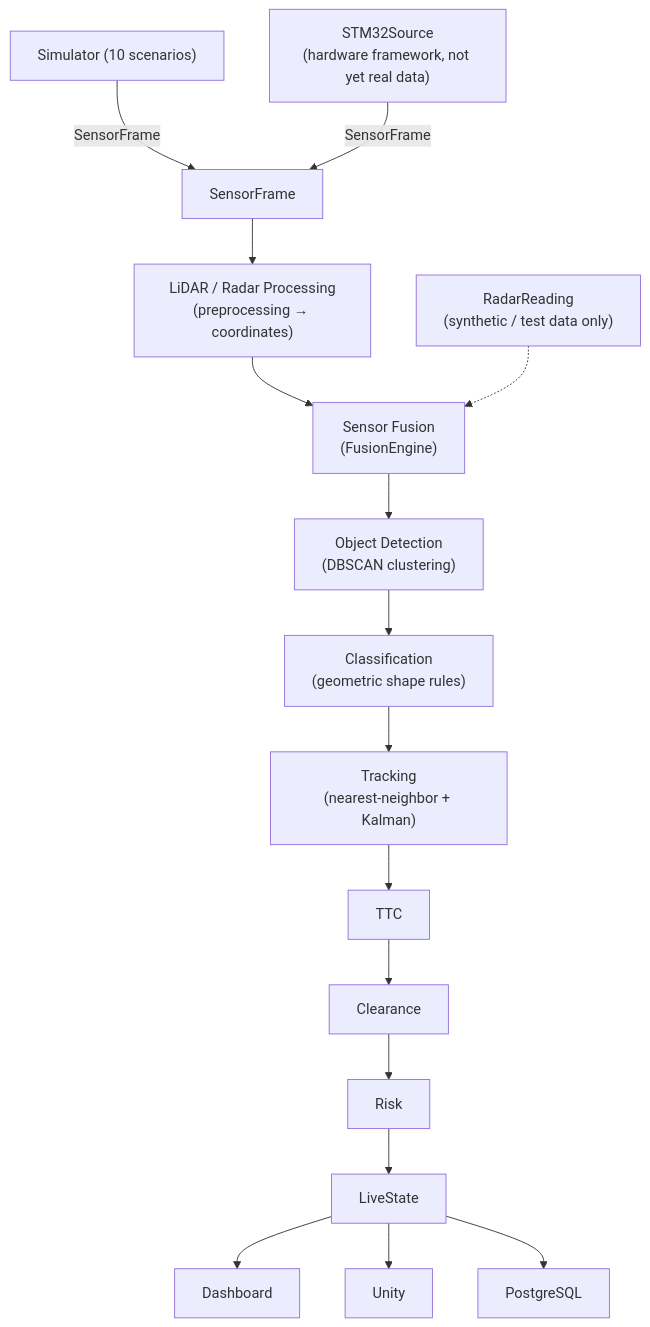
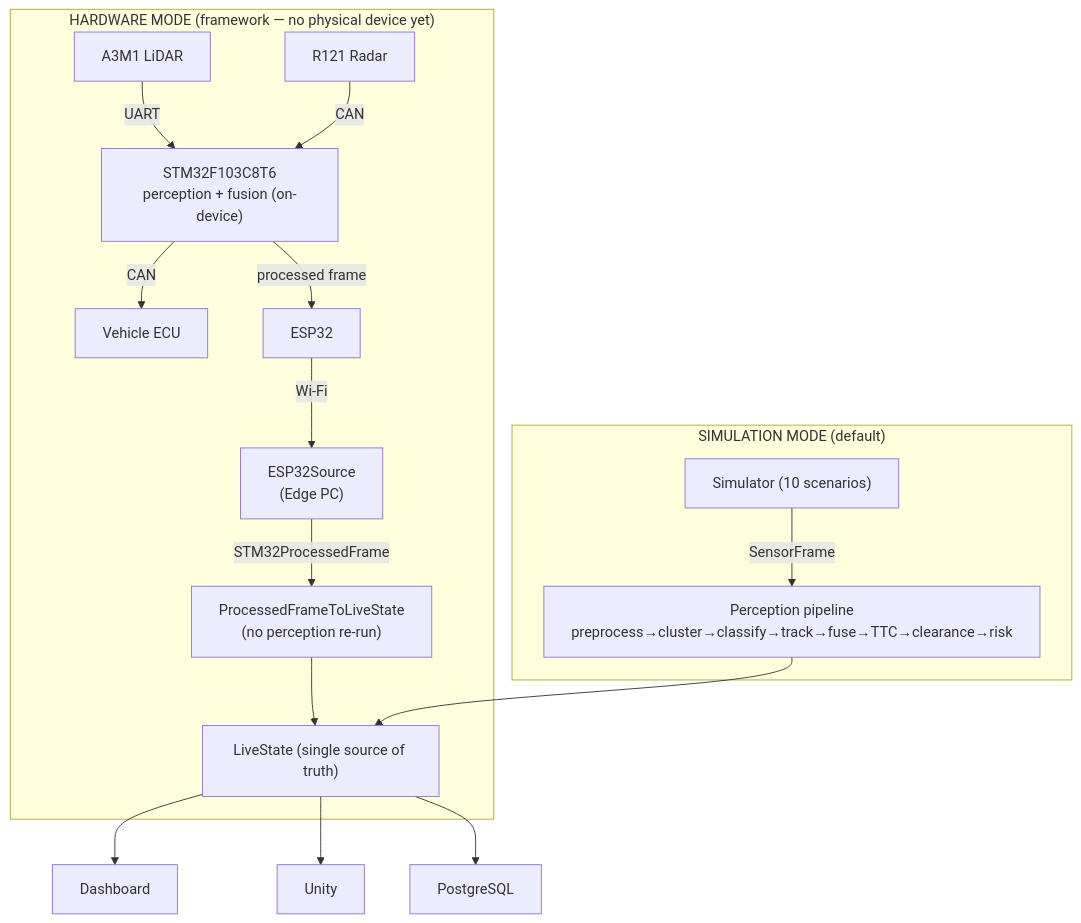
The first of 2 diagrams in README.md (rudrakd09/LiDAR-Vision360), drawn with Mermaid before and after one commit. The commit also changed other lines of this file and 63 other files, not shown here.

````diff
--- a/README.md
+++ b/README.md
@@ -75,18 +89,19 @@
 ```mermaid
 flowchart TD
-    SIM["Simulator (10 scenarios)"] -->|SensorFrame| SF
-    STM["STM32Source\n(hardware framework, not yet real data)"] -->|SensorFrame| SF
-    SF["SensorFrame"] --> LRP["LiDAR / Radar Processing\n(preprocessing → coordinates)"]
-    LRP --> FUSION["Sensor Fusion\n(FusionEngine)"]
-    RADAR["RadarReading\n(synthetic / test data only)"] -.-> FUSION
-    FUSION --> DET["Object Detection\n(DBSCAN clustering)"]
-    DET --> CLASS["Classification\n(geometric shape rules)"]
-    CLASS --> TRACK["Tracking\n(nearest-neighbor + Kalman)"]
-    TRACK --> TTC["TTC"]
-    TTC --> CLR["Clearance"]
-    CLR --> RISK["Risk"]
-    RISK --> LIVE["LiveState"]
-    LIVE --> DASH["Dashboard"]
+    subgraph HW["HARDWARE MODE (framework — no physical device yet)"]
+        A3M1["A3M1 LiDAR"] -->|UART| STM32
+        R121["R121 Radar"] -->|CAN| STM32
+        STM32["STM32F103C8T6\nperception + fusion (on-device)"] -->|CAN| ECU["Vehicle ECU"]
+        STM32 -->|processed frame| ESP32["ESP32"]
+        ESP32 -->|Wi-Fi| ES["ESP32Source\n(Edge PC)"]
+        ES -->|STM32ProcessedFrame| ADPT["ProcessedFrameToLiveState\n(no perception re-run)"]
+        ADPT --> LIVE
+    end
+    subgraph SIMU["SIMULATION MODE (default)"]
+        SIM["Simulator (10 scenarios)"] -->|SensorFrame| PIPE["Perception pipeline\npreprocess→cluster→classify→track→fuse→TTC→clearance→risk"]
+        PIPE --> LIVE
+    end
+    LIVE["LiveState (single source of truth)"] --> DASH["Dashboard"]
     LIVE --> UNITY["Unity"]
     LIVE --> PG["PostgreSQL"]
 ```
````
